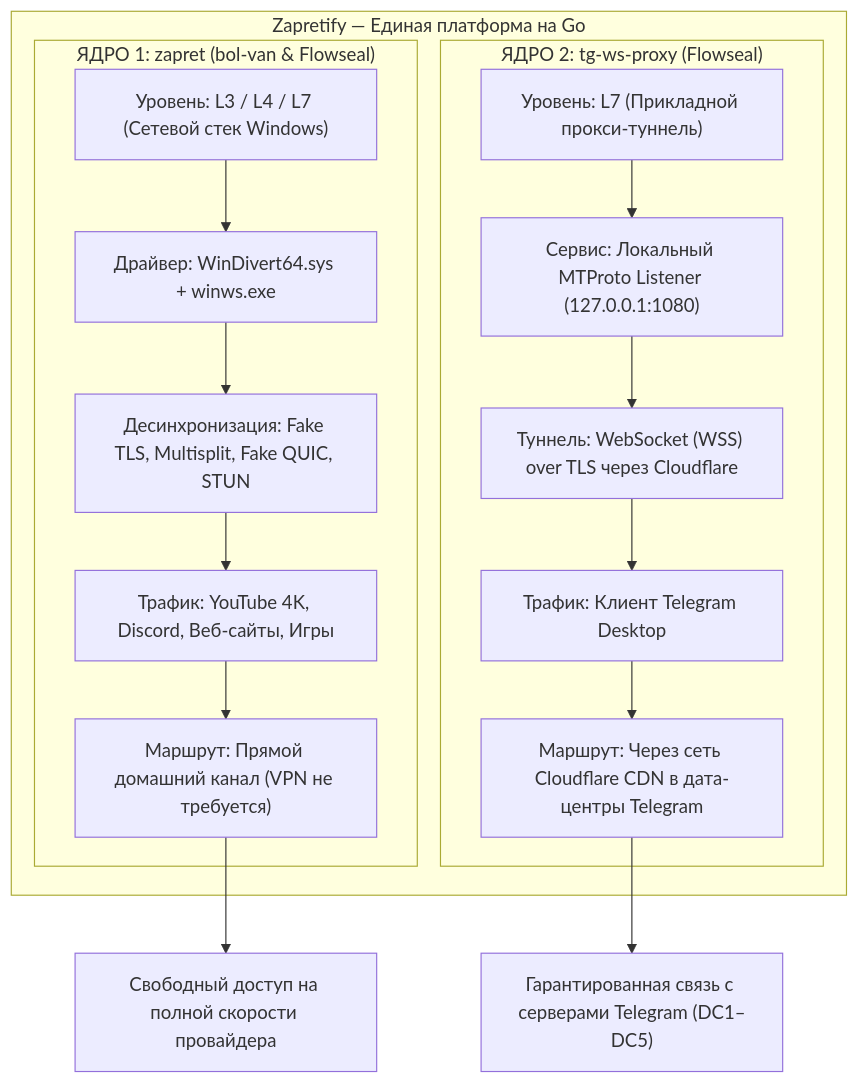
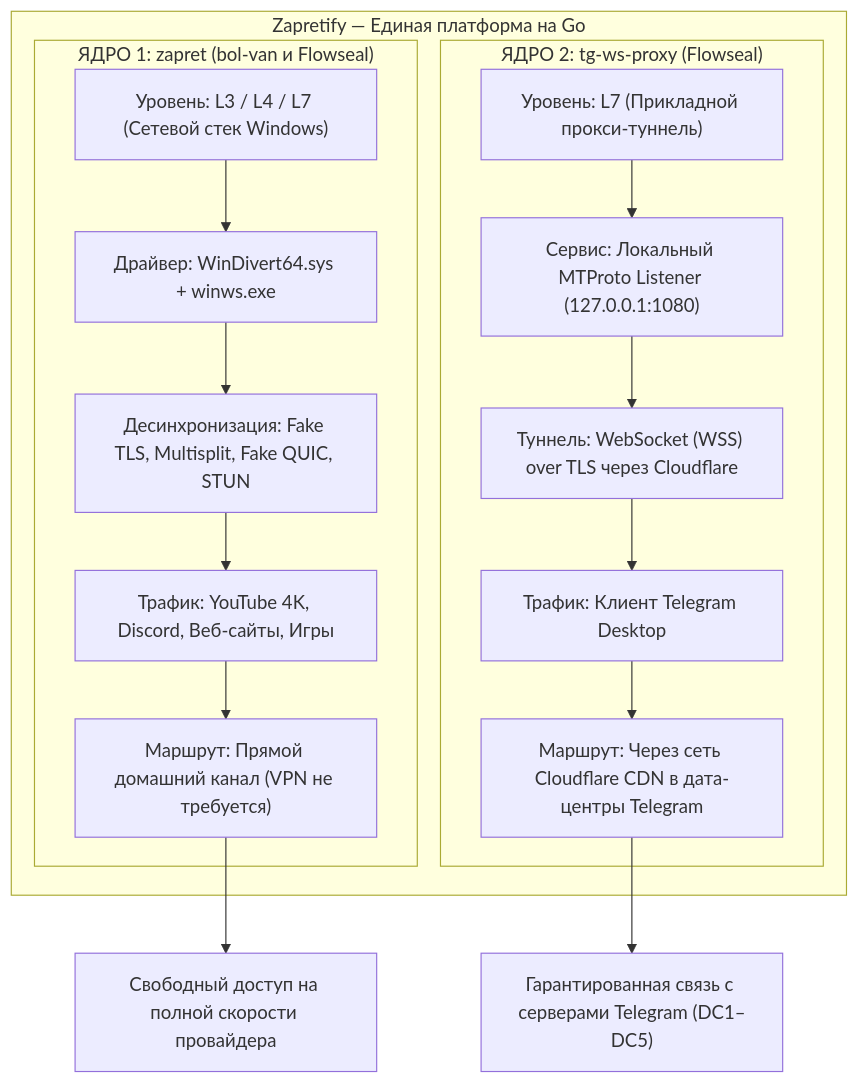
Before and after one commit to selfdestroyer/Zapretify: the first of 2 diagrams in README.md, drawn with Mermaid. The commit also changed other lines of this file and 5 other files, not shown here.

Commit message:
docs: replace icon with wide logo and fix Mermaid diagram syntax on GitHub

````diff
--- a/README.md
+++ b/README.md
@@ -44,27 +44,27 @@
 ```mermaid
 graph TD
     subgraph Zapretify["Zapretify — Единая платформа на Go"]
-        subgraph Core1["ЯДРО 1: zapret (bol-van & Flowseal)"]
+        subgraph Core1["ЯДРО 1: zapret (bol-van и Flowseal)"]
             Z_Level["Уровень: L3 / L4 / L7 (Сетевой стек Windows)"]
             Z_Driver["Драйвер: WinDivert64.sys + winws.exe"]
             Z_Desync["Десинхронизация: Fake TLS, Multisplit, Fake QUIC, STUN"]
             Z_Traffic["Трафик: YouTube 4K, Discord, Веб-сайты, Игры"]
             Z_Route["Маршрут: Прямой домашний канал (VPN не требуется)"]
 
             Z_Level --> Z_Driver --> Z_Desync --> Z_Traffic --> Z_Route
         end
 
         subgraph Core2["ЯДРО 2: tg-ws-proxy (Flowseal)"]
             T_Level["Уровень: L7 (Прикладной прокси-туннель)"]
             T_Driver["Сервис: Локальный MTProto Listener (127.0.0.1:1080)"]
             T_Tunnel["Туннель: WebSocket (WSS) over TLS через Cloudflare"]
             T_Traffic["Трафик: Клиент Telegram Desktop"]
             T_Route["Маршрут: Через сеть Cloudflare CDN в дата-центры Telegram"]
 
             T_Level --> T_Driver --> T_Tunnel --> T_Traffic --> T_Route
         end
     end
 
     Z_Route --> Res1["Свободный доступ на полной скорости провайдера"]
     T_Route --> Res2["Гарантированная связь с серверами Telegram (DC1–DC5)"]
 ```
````
